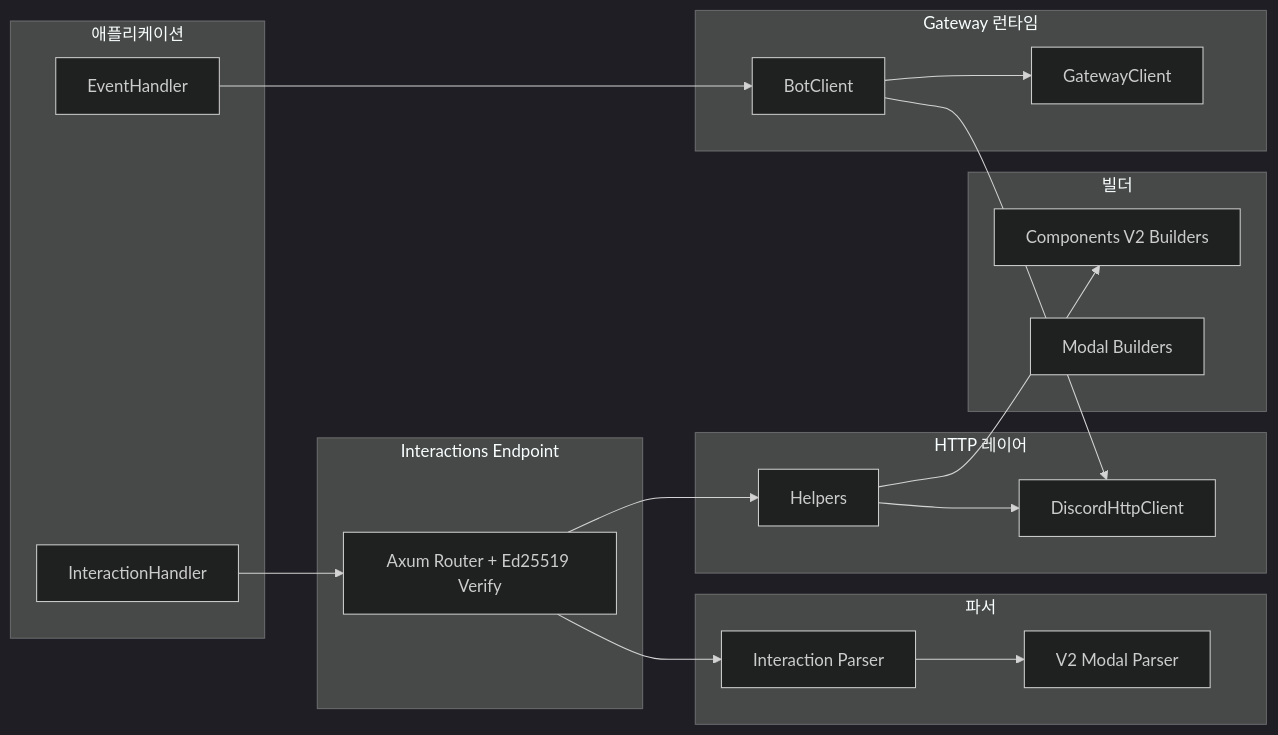
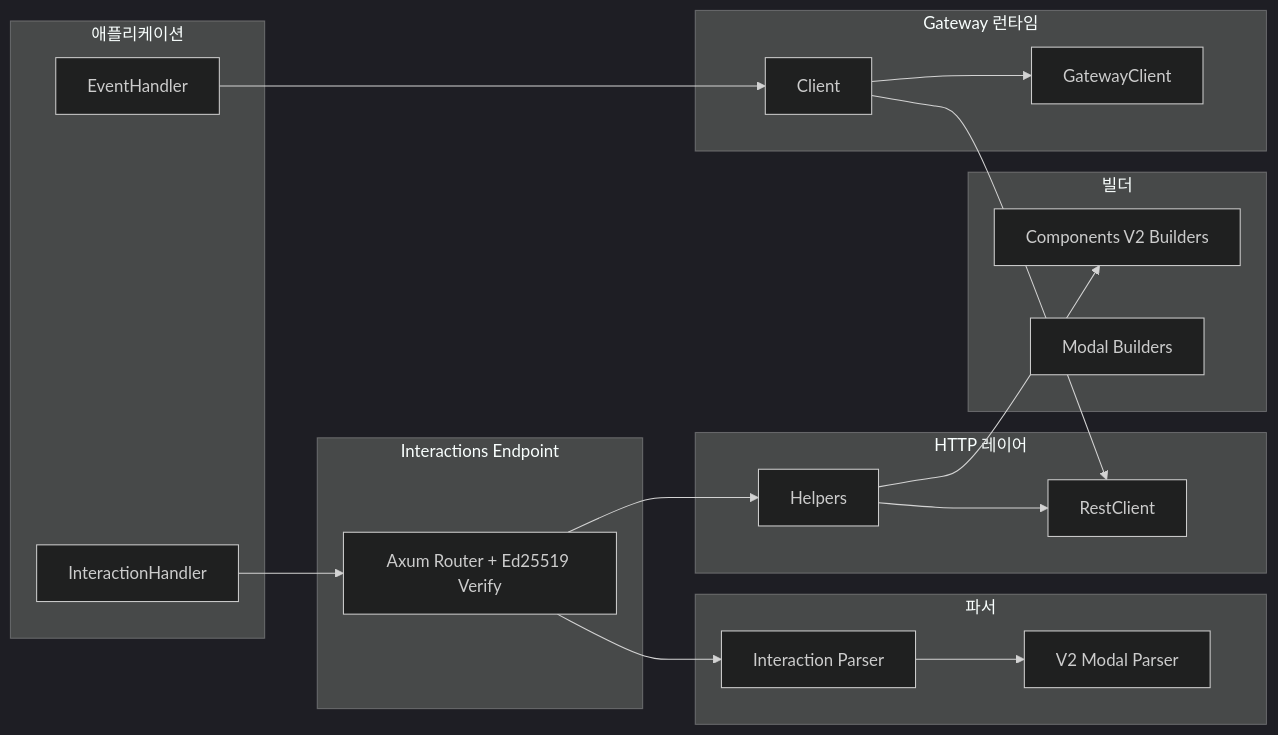
The diagram in discordrsdocs/ko/guide/architecture.md (Ingwannu/discord.rs), drawn with Mermaid (dark theme) before and after one commit. The commit also changed 27 other files, not shown here.

````diff
--- a/discordrsdocs/ko/guide/architecture.md
+++ b/discordrsdocs/ko/guide/architecture.md
@@ -5,39 +5,39 @@
 ```mermaid
 flowchart LR
   subgraph App[애플리케이션]
     H[EventHandler]
     IH[InteractionHandler]
   end
 
   subgraph Runtime[Gateway 런타임]
-    BC[BotClient]
+    BC[Client]
     GC[GatewayClient]
   end
 
   subgraph Transport[HTTP 레이어]
-    HC[DiscordHttpClient]
+    HC[RestClient]
     HP[Helpers]
   end
 
   subgraph Build[빌더]
     BV2[Components V2 Builders]
     MB[Modal Builders]
   end
 
   subgraph Parse[파서]
     IP[Interaction Parser]
     MP[V2 Modal Parser]
   end
 
   subgraph Endpoint[Interactions Endpoint]
     AX[Axum Router + Ed25519 Verify]
   end
 
   H --> BC --> GC
   BC --> HC
   IH --> AX --> HP
   HP --> HC
   HP --> BV2
   IP --> MP
   AX --> IP
 ```
````
